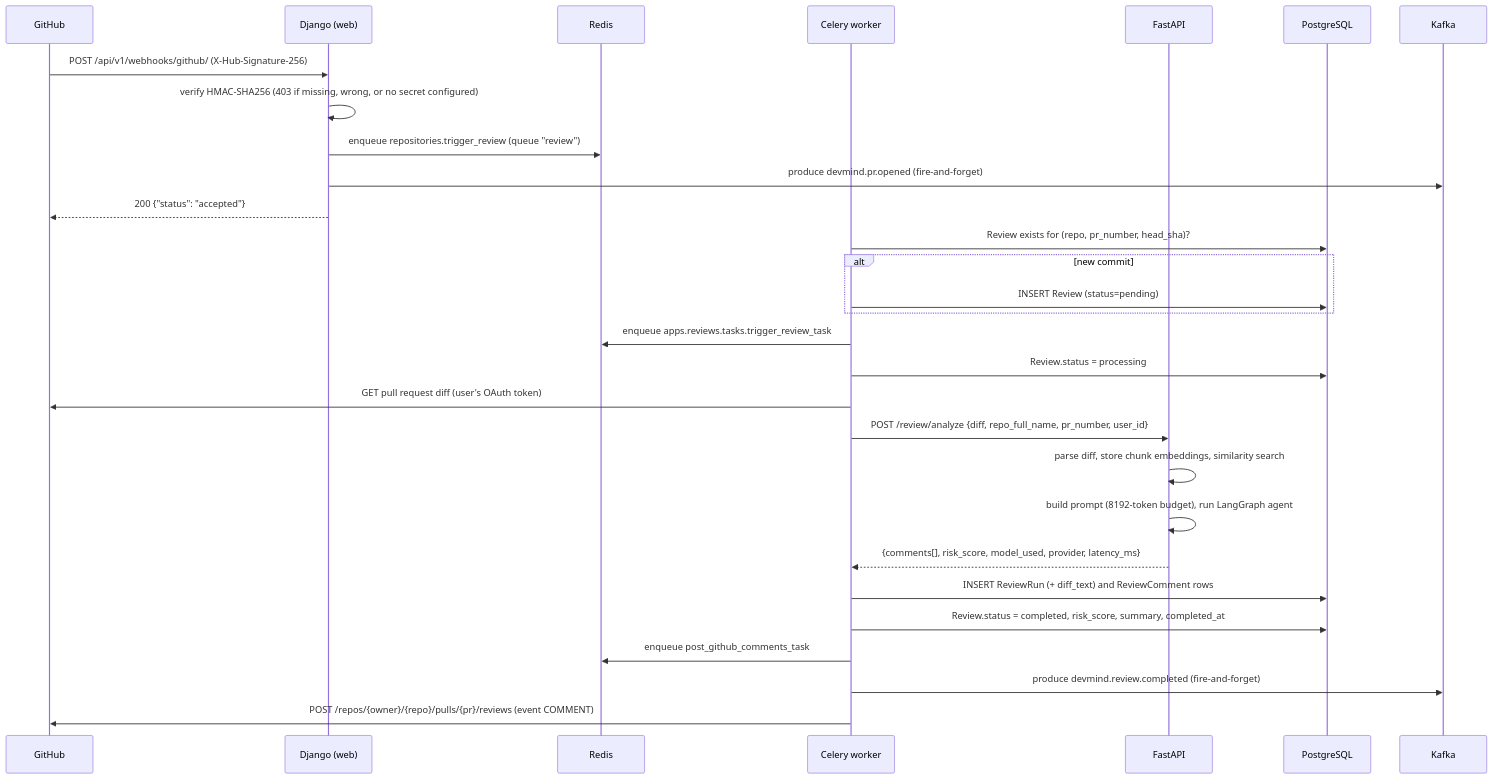
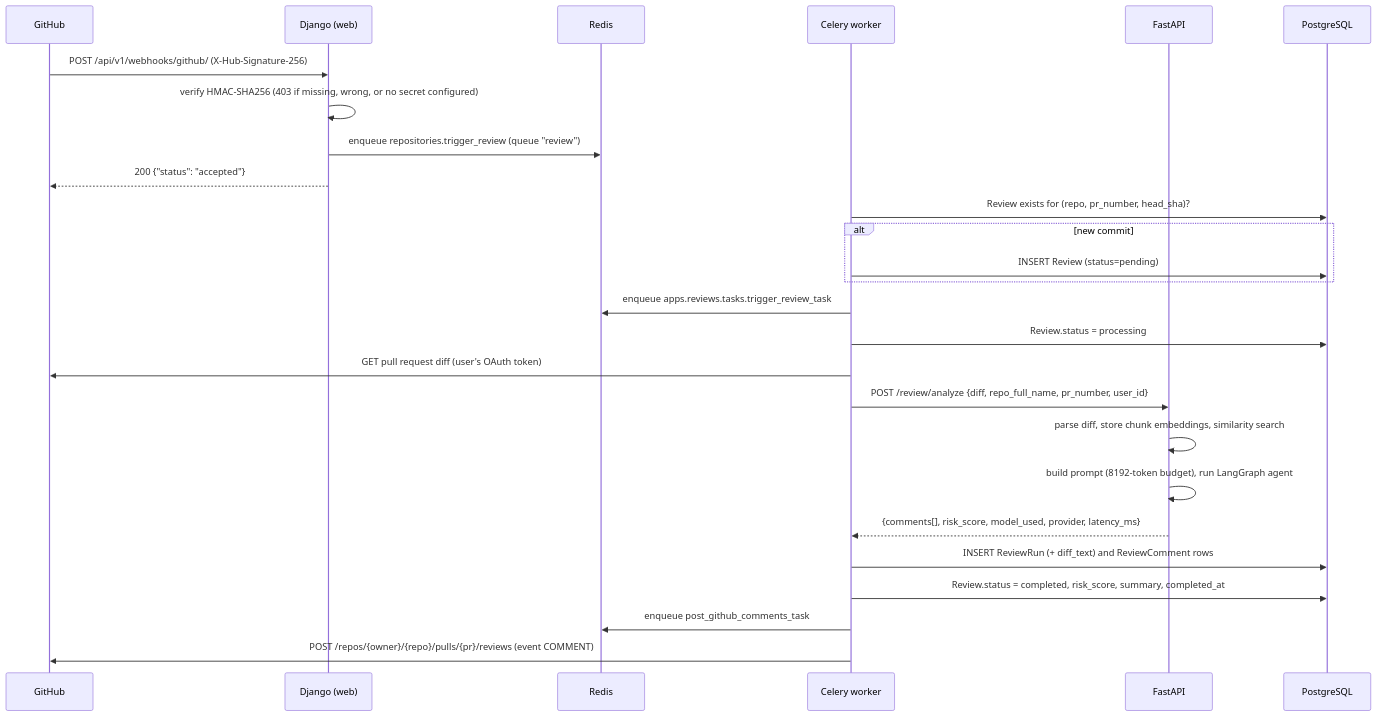
Before and after one commit to muhammedsiinanmp/Devmind: the first of 7 diagrams in docs/SYSTEM_ARCHITECTURE.md, drawn with Mermaid. The commit also changed other lines of this file and 3 other files, not shown here.

````diff
--- a/docs/SYSTEM_ARCHITECTURE.md
+++ b/docs/SYSTEM_ARCHITECTURE.md
@@ -97,36 +95,33 @@
 ```mermaid
 sequenceDiagram
     participant GH as GitHub
     participant DJ as Django (web)
     participant RD as Redis
     participant CW as Celery worker
     participant FA as FastAPI
     participant PG as PostgreSQL
-    participant KF as Kafka
 
     GH->>DJ: POST /api/v1/webhooks/github/ (X-Hub-Signature-256)
     DJ->>DJ: verify HMAC-SHA256 (403 if missing, wrong, or no secret configured)
     DJ->>RD: enqueue repositories.trigger_review (queue "review")
-    DJ->>KF: produce devmind.pr.opened (fire-and-forget)
     DJ-->>GH: 200 {"status": "accepted"}
 
     CW->>PG: Review exists for (repo, pr_number, head_sha)?
     alt new commit
         CW->>PG: INSERT Review (status=pending)
     end
     CW->>RD: enqueue apps.reviews.tasks.trigger_review_task
 
     CW->>PG: Review.status = processing
     CW->>GH: GET pull request diff (user's OAuth token)
     CW->>FA: POST /review/analyze {diff, repo_full_name, pr_number, user_id}
     FA->>FA: parse diff, store chunk embeddings, similarity search
     FA->>FA: build prompt (8192-token budget), run LangGraph agent
     FA-->>CW: {comments[], risk_score, model_used, provider, latency_ms}
 
     CW->>PG: INSERT ReviewRun (+ diff_text) and ReviewComment rows
     CW->>PG: Review.status = completed, risk_score, summary, completed_at
     CW->>RD: enqueue post_github_comments_task
-    CW->>KF: produce devmind.review.completed (fire-and-forget)
 
     CW->>GH: POST /repos/{owner}/{repo}/pulls/{pr}/reviews (event COMMENT)
 ```
````
